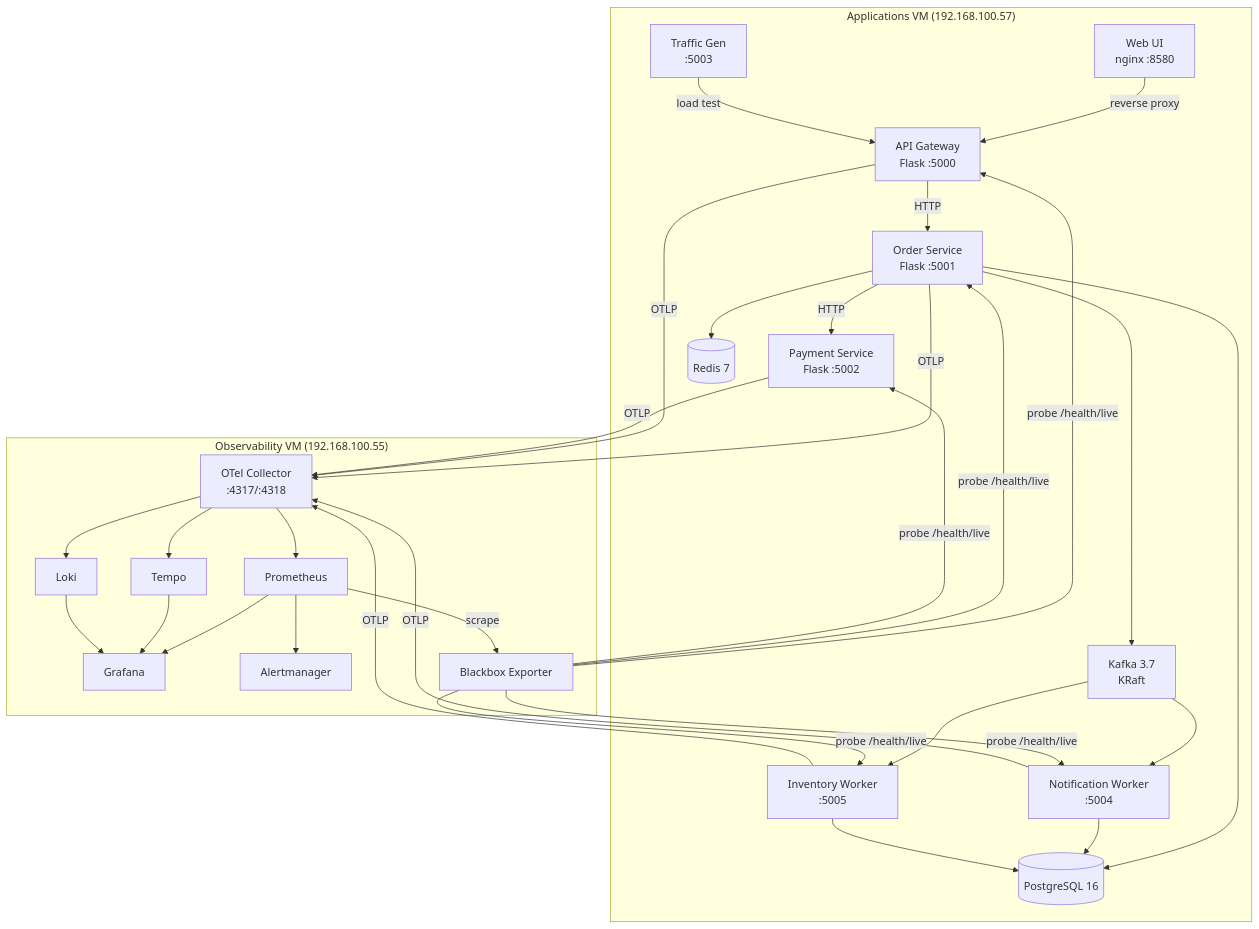
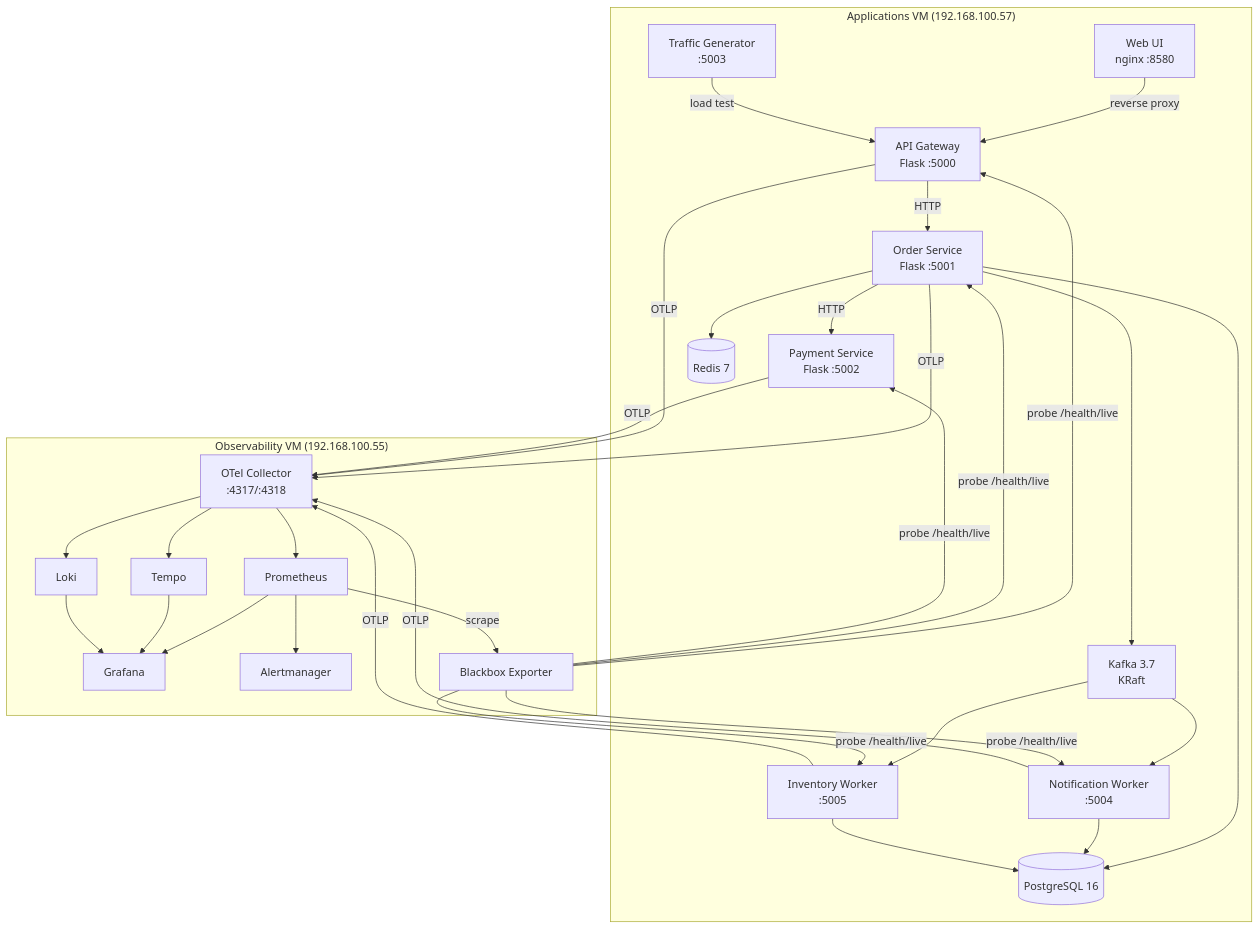
The first of 5 diagrams in on-premises/ARCHITECTURE.md (Mark-Zagob/observability-sample-v2), drawn with Mermaid before and after one commit. The commit also changed other lines of this file and 1 other file, not shown here.

````diff
--- a/on-premises/ARCHITECTURE.md
+++ b/on-premises/ARCHITECTURE.md
@@ -11,39 +128,39 @@
 ```mermaid
 graph TB
     subgraph "Applications VM (192.168.100.57)"
         UI["Web UI<br/>nginx :8580"]
         GW["API Gateway<br/>Flask :5000"]
         OS["Order Service<br/>Flask :5001"]
         PS["Payment Service<br/>Flask :5002"]
-        TG["Traffic Gen<br/>:5003"]
+        TG["Traffic Generator<br/>:5003"]
         NW["Notification Worker<br/>:5004"]
         IW["Inventory Worker<br/>:5005"]
         PG[(PostgreSQL 16)]
         RD[(Redis 7)]
         KF[Kafka 3.7<br/>KRaft]
     end
-
+    
     subgraph "Observability VM (192.168.100.55)"
         OTEL["OTel Collector<br/>:4317/:4318"]
         PROM[Prometheus]
         GRAF[Grafana]
         TEMPO[Tempo]
         LOKI[Loki]
         AM[Alertmanager]
         BB[Blackbox Exporter]
     end
-
+    
     UI -->|reverse proxy| GW
     GW -->|HTTP| OS -->|HTTP| PS
     OS --> PG & RD & KF
     KF --> NW & IW
     NW & IW --> PG
     TG -->|load test| GW
-
+    
     OS & GW & PS & NW & IW -->|OTLP| OTEL
     OTEL --> PROM & TEMPO & LOKI
     PROM --> GRAF & AM
     TEMPO & LOKI --> GRAF
     BB -->|probe /health/live| GW & OS & PS & NW & IW
     PROM -->|scrape| BB
 ```
````
